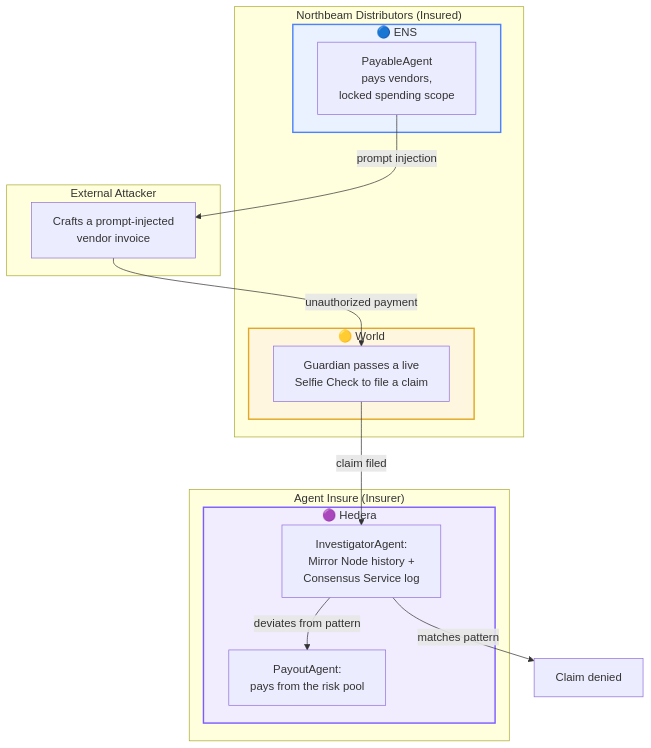
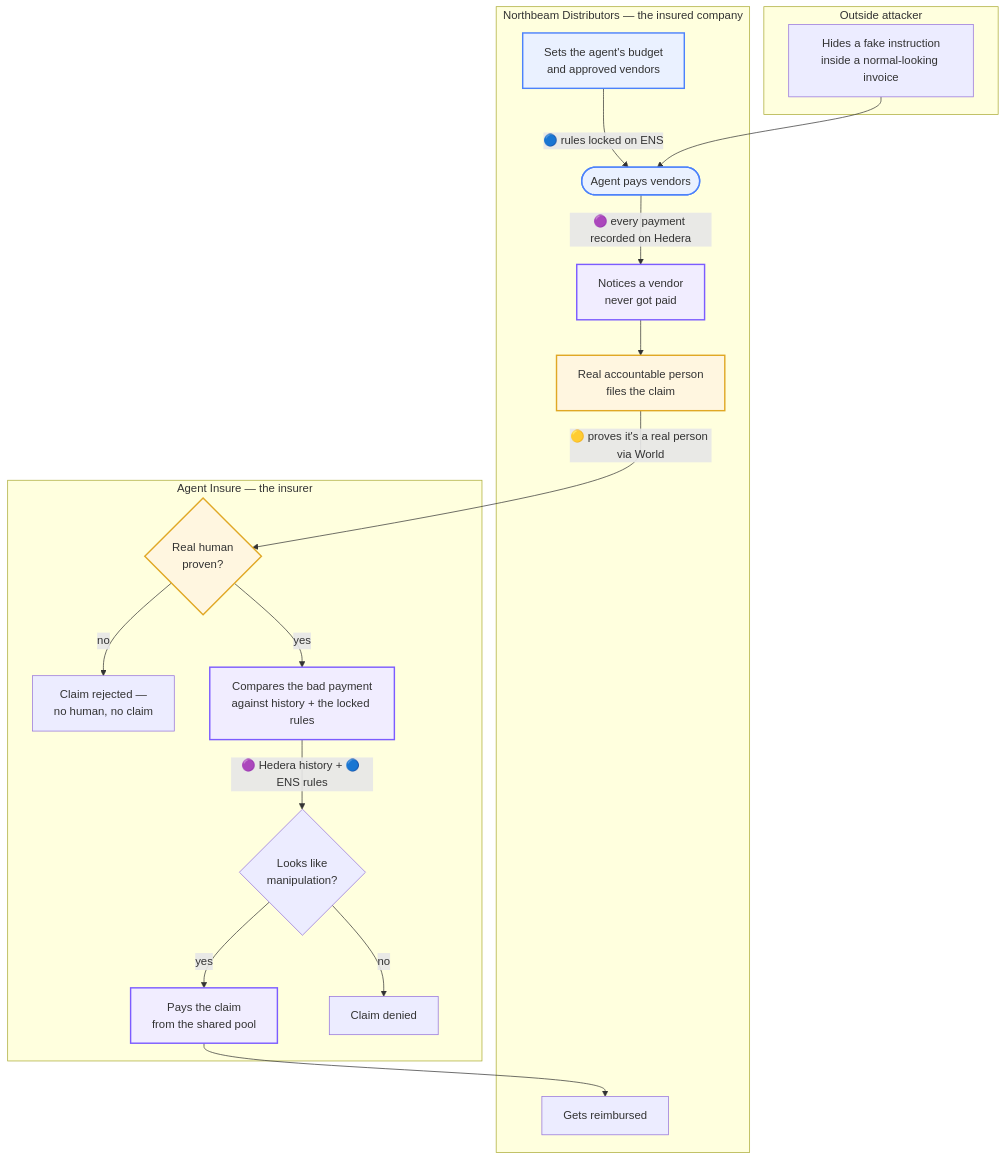
Before and after one commit to jianruan-io/agent-insure: the first of 2 diagrams in README.md, drawn with Mermaid. The commit also changed other lines of this file and 31 other files, not shown here.

````diff
--- a/README.md
+++ b/README.md
@@ -191,32 +39,42 @@
 ```mermaid
 flowchart TD
-    subgraph NORTHBEAM2["Northbeam Distributors (Insured)"]
-        subgraph ENS_SG2["🔵 ENS"]
-            PA2["PayableAgent<br/>pays vendors,<br/>locked spending scope"]
-        end
-        subgraph WORLD_SG2["🟡 World"]
-            GUARD2["Guardian passes a live<br/>Selfie Check to file a claim"]
-        end
+    subgraph COMPANY["Northbeam Distributors — the insured company"]
+        RULES["Sets the agent's budget<br/>and approved vendors"]
+        AGENT(["Agent pays vendors"])
+        NOTICE["Notices a vendor<br/>never got paid"]
+        HUMAN["Real accountable person<br/>files the claim"]
+        PAID["Gets reimbursed"]
     end
 
-    subgraph ATTACKER2["External Attacker"]
-        MAL2["Crafts a prompt-injected<br/>vendor invoice"]
+    subgraph ATTACKER["Outside attacker"]
+        TRICK["Hides a fake instruction<br/>inside a normal-looking invoice"]
     end
 
-    subgraph AGENTINSURE2["Agent Insure (Insurer)"]
-        subgraph HEDERA_SG2["🟣 Hedera"]
-            INV2["InvestigatorAgent:<br/>Mirror Node history +<br/>Consensus Service log"]
-            PAY2["PayoutAgent:<br/>pays from the risk pool"]
-        end
+    subgraph INSURER["Agent Insure — the insurer"]
+        CHECK{"Real human<br/>proven?"}
+        REJECT["Claim rejected —<br/>no human, no claim"]
+        COMPARE["Compares the bad payment<br/>against history + the locked rules"]
+        VERDICT{"Looks like<br/>manipulation?"}
+        PAYOUT["Pays the claim<br/>from the shared pool"]
+        DENY["Claim denied"]
     end
 
-    PA2 -->|"prompt injection"| MAL2
-    MAL2 -->|"unauthorized payment"| GUARD2
-    GUARD2 -->|"claim filed"| INV2
-    INV2 -->|"deviates from pattern"| PAY2
-    INV2 -->|"matches pattern"| DENY2["Claim denied"]
+    RULES -->|"🔵 rules locked on ENS"| AGENT
+    TRICK --> AGENT
+    AGENT -->|"🟣 every payment recorded on Hedera"| NOTICE
+    NOTICE --> HUMAN
+    HUMAN -->|"🟡 proves it's a real person via World"| CHECK
+    CHECK -->|"no"| REJECT
+    CHECK -->|"yes"| COMPARE
+    COMPARE -->|"🟣 Hedera history + 🔵 ENS rules"| VERDICT
+    VERDICT -->|"yes"| PAYOUT --> PAID
+    VERDICT -->|"no"| DENY
 
-    style ENS_SG2 fill:#eaf1ff,stroke:#4c82fb,stroke-width:2px
-    style WORLD_SG2 fill:#fff6e0,stroke:#e0a825,stroke-width:2px
-    style HEDERA_SG2 fill:#f1edff,stroke:#7c5cff,stroke-width:2px
+    style AGENT fill:#eaf1ff,stroke:#4c82fb,stroke-width:2px
+    style RULES fill:#eaf1ff,stroke:#4c82fb,stroke-width:2px
+    style HUMAN fill:#fff6e0,stroke:#e0a825,stroke-width:2px
+    style CHECK fill:#fff6e0,stroke:#e0a825,stroke-width:2px
+    style NOTICE fill:#f1edff,stroke:#7c5cff,stroke-width:2px
+    style COMPARE fill:#f1edff,stroke:#7c5cff,stroke-width:2px
+    style PAYOUT fill:#f1edff,stroke:#7c5cff,stroke-width:2px
 ```
````
